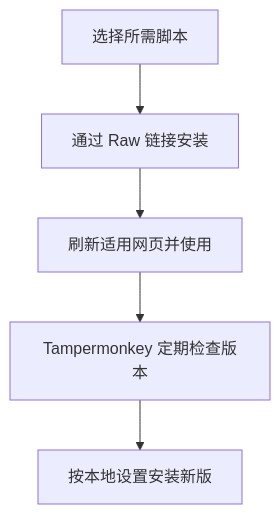
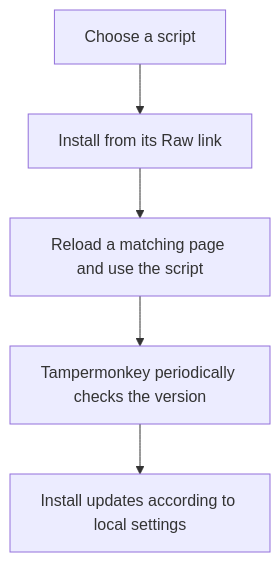
The diagram in README.md (tjx0726/P9_Tampermonkey), drawn with Mermaid before and after one commit. The commit also changed other lines of this file and 5 other files, not shown here.

````diff
--- a/README.md
+++ b/README.md
@@ -27,7 +29,7 @@
 ```mermaid
 flowchart TD
-    A[选择所需脚本] --> B[通过 Raw 链接安装]
-    B --> C[刷新适用网页并使用]
-    C --> D[Tampermonkey 定期检查版本]
-    D --> E[按本地设置安装新版]
+    A[Choose a script] --> B[Install from its Raw link]
+    B --> C[Reload a matching page and use the script]
+    C --> D[Tampermonkey periodically checks the version]
+    D --> E[Install updates according to local settings]
 ```
````
